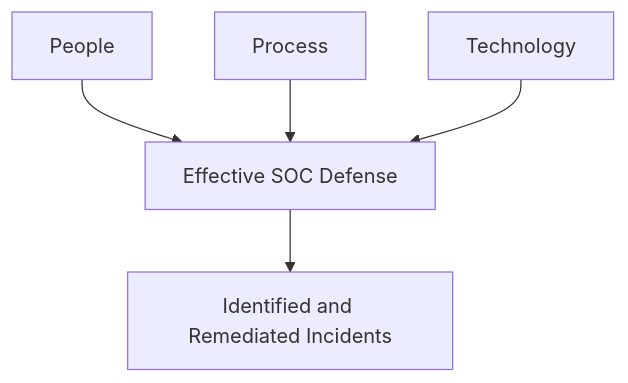
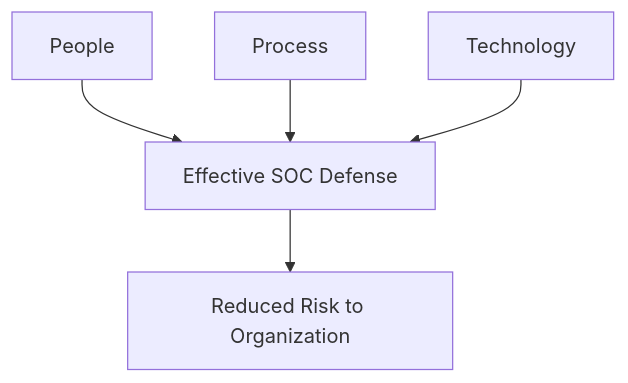
One commit to ammaryasser28/SEC450 changed the first of 8 diagrams in 450.1 - Blue Team Tools and Operation /SOC Overview.md. Above: the diagram before and after it, drawn with Mermaid. The commit also changed other lines of this file, not shown here.

````diff
--- a/450.1 - Blue Team Tools and Operation /SOC Overview.md
+++ b/450.1 - Blue Team Tools and Operation /SOC Overview.md
@@ -79,7 +53,7 @@
 ```mermaid
 flowchart TD
     A[People] --> D[Effective SOC Defense]
     B[Process] --> D
     C[Technology] --> D
-    D --> E[Identified and Remediated Incidents]
+    D --> E[Reduced Risk to Organization]
 ```
````
